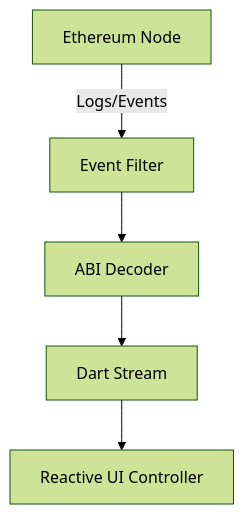
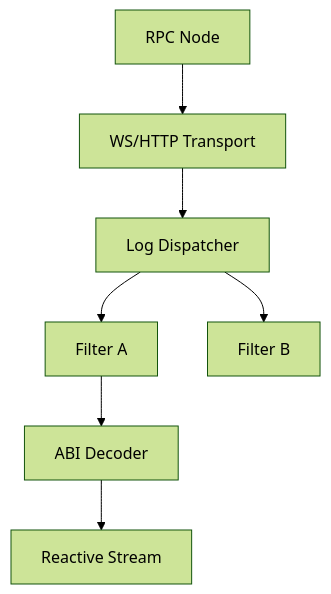
One commit to ImL1s/dart_web3 changed the diagram in dart_web3/packages/events/README.md. Above: the diagram before and after it, drawn with Mermaid (forest theme). The commit also changed other lines of this file and 31 other files, not shown here.

````diff
--- a/dart_web3/packages/events/README.md
+++ b/dart_web3/packages/events/README.md
@@ -14,7 +17,10 @@
 ```mermaid
 graph TD
-    Node[Ethereum Node] -- Logs/Events --> Filter[Event Filter]
-    Filter --> Decoder[ABI Decoder]
-    Decoder --> Stream[Dart Stream<Event>]
-    Stream --> UI[Reactive UI Controller]
+    Node[RPC Node] --> Transport[WS/HTTP Transport]
+    Transport --> FanOut[Log Dispatcher]
+    FanOut --> Filter1[Filter A]
+    FanOut --> Filter2[Filter B]
+    
+    Filter1 --> Decoder[ABI Decoder]
+    Decoder --> App[Reactive Stream]
 ```
````
